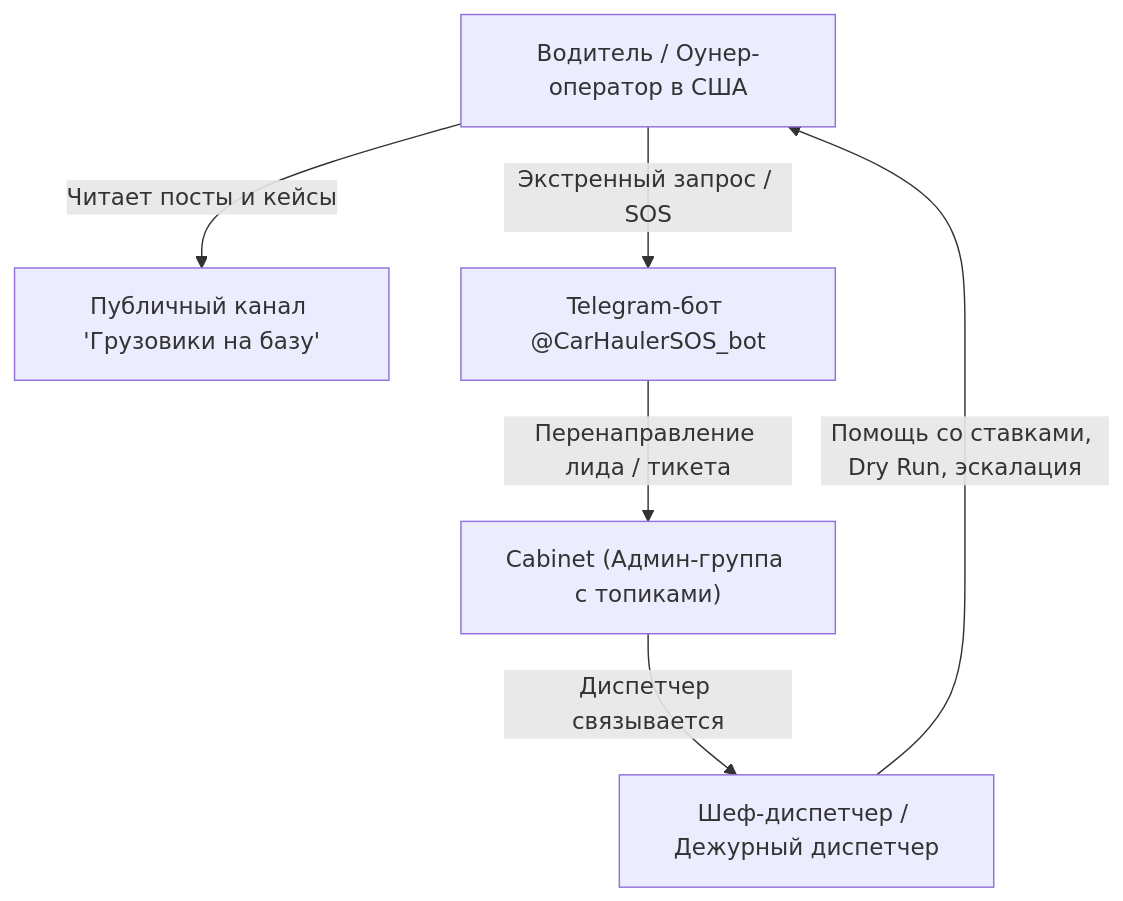
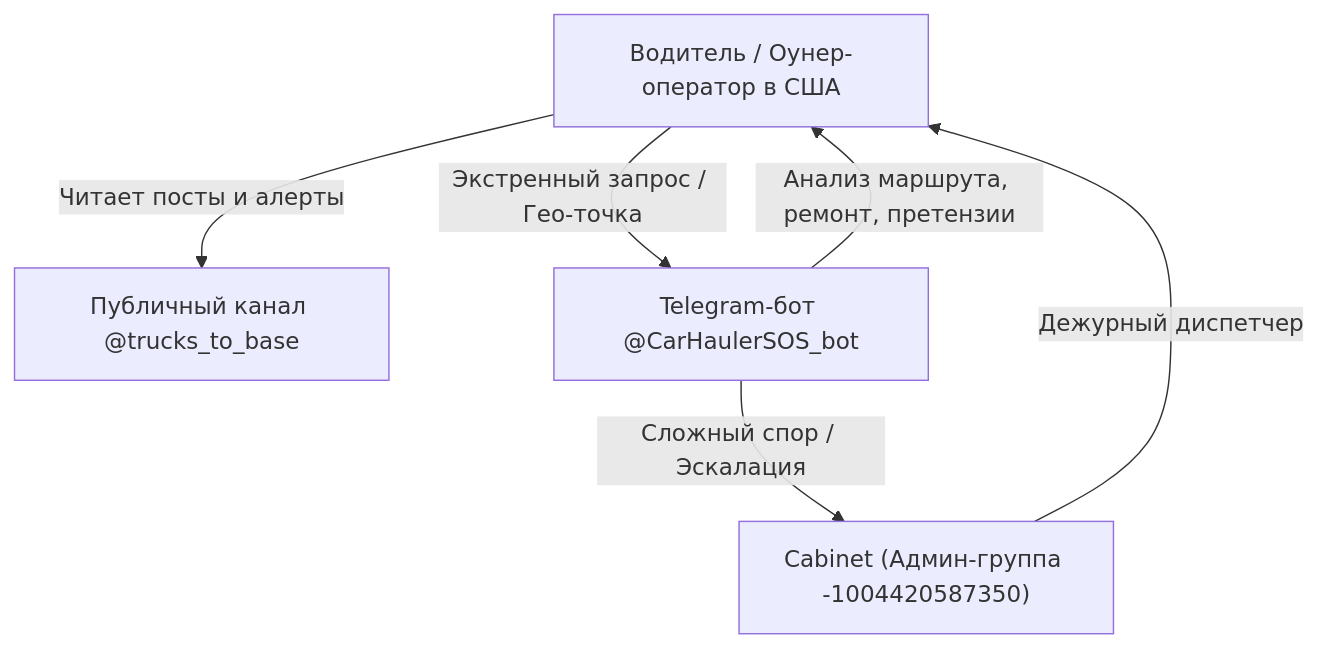
One commit to barii-fedorov/car-hauling-dispatch-hub changed the diagram in telegram_bot_and_channels.md. Above: the diagram before and after it, drawn with Mermaid. The commit also changed other lines of this file and 14 other files, not shown here.

Commit message:
docs: refresh README, architecture, and guides according to current live configuration

````diff
--- a/telegram_bot_and_channels.md
+++ b/telegram_bot_and_channels.md
@@ -40,8 +53,8 @@
 ```mermaid
 flowchart TD
-Driver["Водитель / Оунер-оператор в США"] -->|Читает посты и кейсы| PublicChannel["Публичный канал 'Грузовики на базу'"]
-Driver -->|Экстренный запрос / SOS| Bot["Telegram-бот @CarHaulerSOS_bot"]
-Bot -->|Перенаправление лида / тикета| AdminGroup["Cabinet (Админ-группа с топиками)"]
-AdminGroup -->|Диспетчер связывается| Dispatch["Шеф-диспетчер / Дежурный диспетчер"]
-Dispatch -->|Помощь со ставками, Dry Run, эскалация| Driver
+    Driver["Водитель / Оунер-оператор в США"] -->|Читает посты и алерты| PublicChannel["Публичный канал @trucks_to_base"]
+    Driver -->|Экстренный запрос / Гео-точка| Bot["Telegram-бот @CarHaulerSOS_bot"]
+    Bot -->|Анализ маршрута, ремонт, претензии| Driver
+    Bot -->|Сложный спор / Эскалация| AdminGroup["Cabinet (Админ-группа -1004420587350)"]
+    AdminGroup -->|Дежурный диспетчер| Driver
 ```
````
